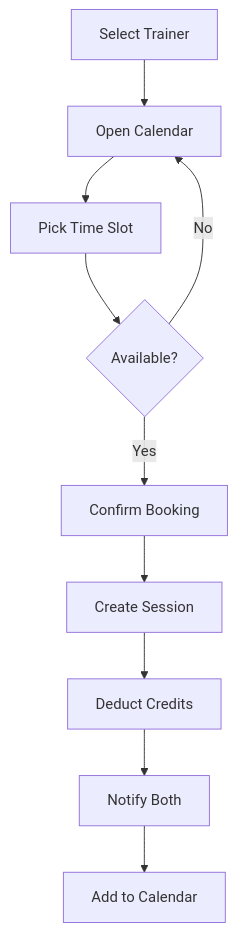
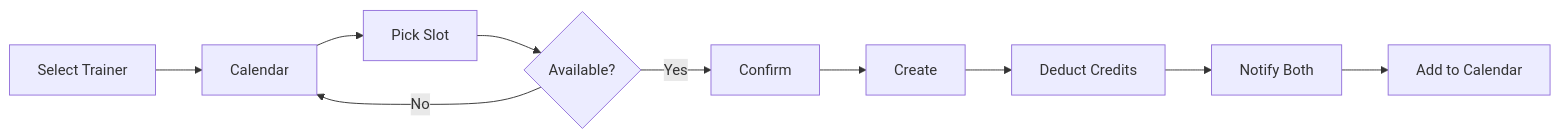
Before and after one commit to coded-with-aryan0426/gym-management-system-fullstack: the seventh of 14 diagrams in docs/workflows.md, drawn with Mermaid. The commit also changed other lines of this file and 16 other files, not shown here.

````diff
--- a/docs/workflows.md
+++ b/docs/workflows.md
@@ -130,12 +140,12 @@
 ```mermaid
-flowchart TB
-    A[Select Trainer] --> B[Open Calendar]
-    B --> C[Pick Time Slot]
+flowchart LR
+    A[Select Trainer] --> B[Calendar]
+    B --> C[Pick Slot]
     C --> D{Available?}
     D -->|No| B
-    D -->|Yes| E[Confirm Booking]
-    E --> F[Create Session]
+    D -->|Yes| E[Confirm]
+    E --> F[Create]
     F --> G[Deduct Credits]
     G --> H[Notify Both]
     H --> I[Add to Calendar]
 ```
````
